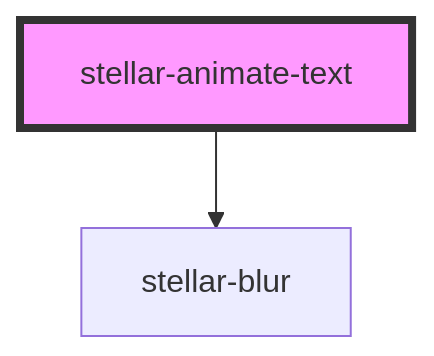
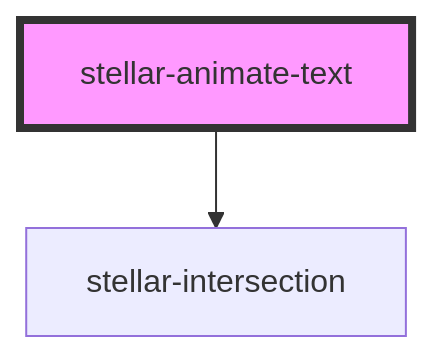
Before and after one commit to splitinfinities/Stellar: the diagram in src/components/motion/animate-text/readme.md, drawn with Mermaid. The commit also changed other lines of this file and 9 other files, not shown here.

Commit message:
feat: adding animate text component

````diff
--- a/src/components/motion/animate-text/readme.md
+++ b/src/components/motion/animate-text/readme.md
@@ -22,5 +45,5 @@
 ```mermaid
 graph TD;
-  stellar-animate-text --> stellar-blur
+  stellar-animate-text --> stellar-intersection
   style stellar-animate-text fill:#f9f,stroke:#333,stroke-width:4px
 ```
````
